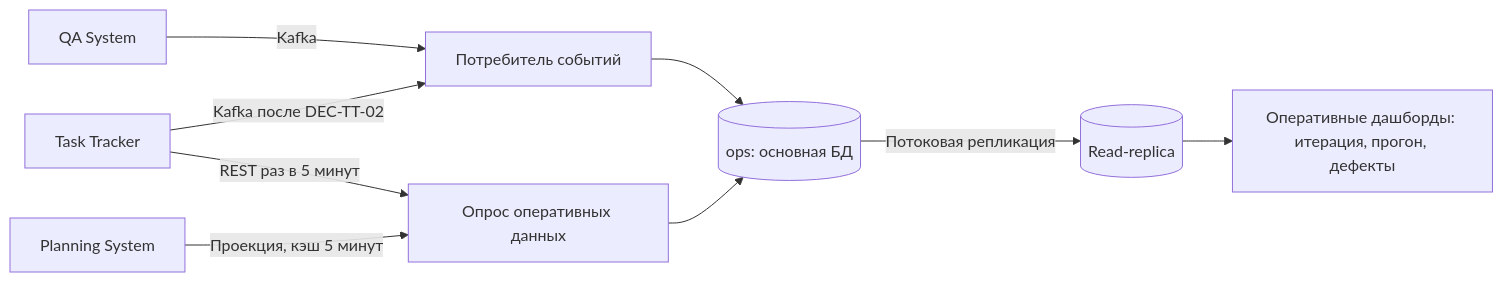
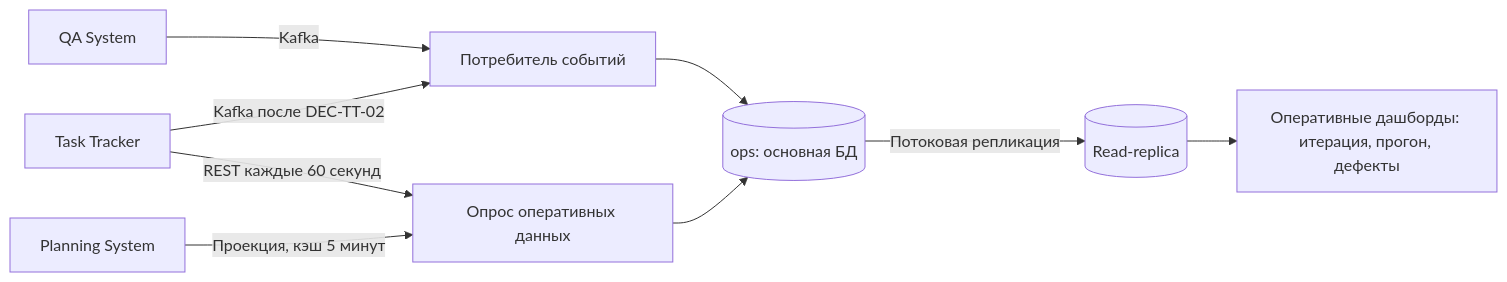
The second of 3 diagrams in reports/docs/146.logic-scheme.md (MEPhI-C22-501/arch-info-system-monorepo), drawn with Mermaid before and after one commit. The commit also changed other lines of this file and 149 other files, not shown here.

````diff
--- a/reports/docs/146.logic-scheme.md
+++ b/reports/docs/146.logic-scheme.md
@@ -92,11 +92,11 @@
 ```mermaid
 flowchart LR
     QA["QA System"] -->|"Kafka"| C["Потребитель событий"]
     TT["Task Tracker"] -->|"Kafka после DEC-TT-02"| C
-    TT -->|"REST раз в 5 минут"| P["Опрос оперативных данных"]
+    TT -->|"REST каждые 60 секунд"| P["Опрос оперативных данных"]
     PS["Planning System"] -->|"Проекция, кэш 5 минут"| P
     C --> OPS[("ops: основная БД")]
     P --> OPS
     OPS -->|"Потоковая репликация"| R[("Read-replica")]
     R --> D["Оперативные дашборды: итерация, прогон, дефекты"]
 ```
````
